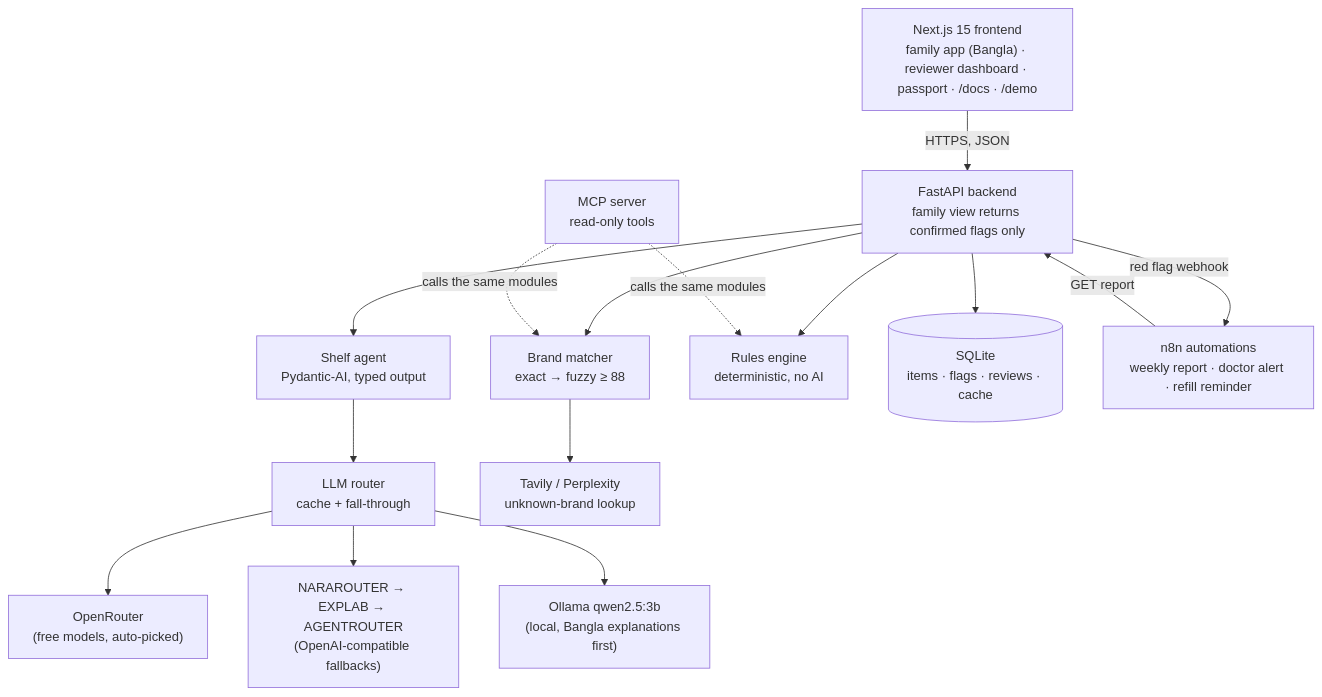
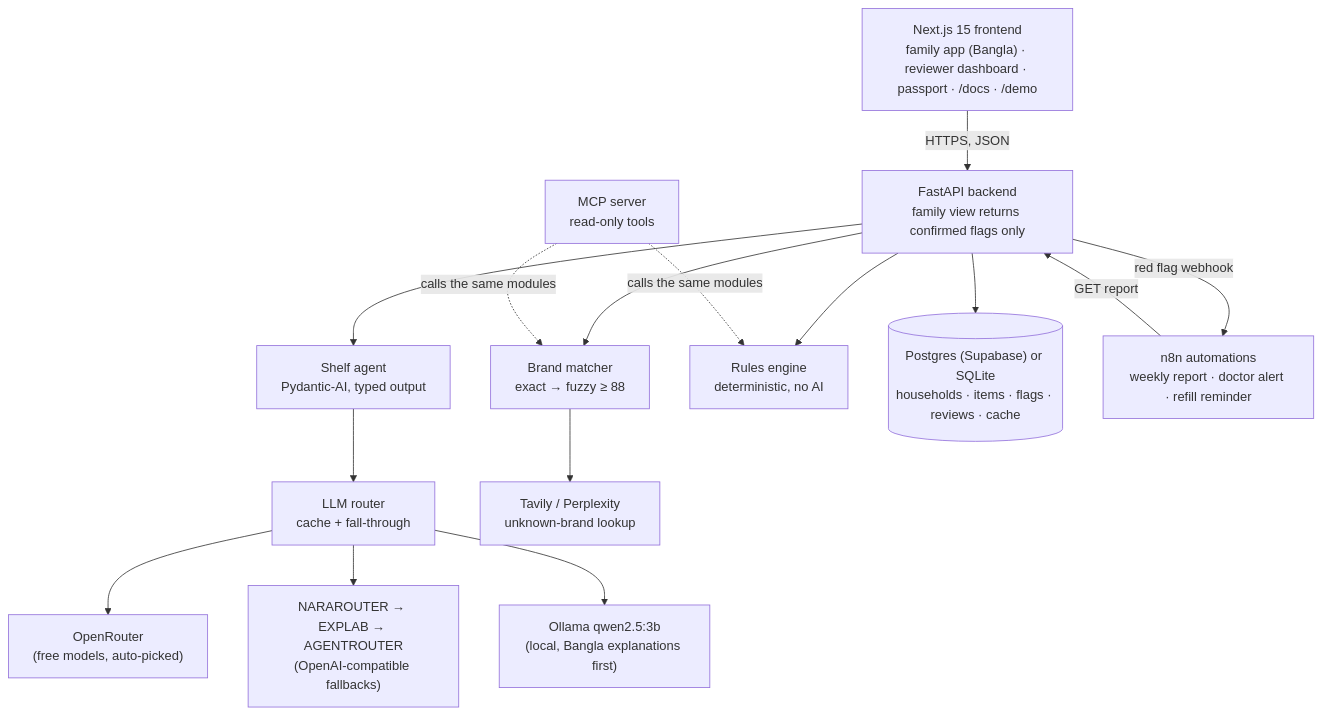
One commit to ProttoyDip/OushodhSathi- changed the second of 2 diagrams in README.md. Above: the diagram before and after it, drawn with Mermaid. The commit also changed other lines of this file and 33 other files, not shown here.

````diff
--- a/README.md
+++ b/README.md
@@ -86,26 +88,26 @@
 ```mermaid
 flowchart TB
     UI["Next.js 15 frontend<br/>family app (Bangla) · reviewer dashboard · passport · /docs · /demo"]
     API["FastAPI backend<br/>family view returns confirmed flags only"]
     AG["Shelf agent<br/>Pydantic-AI, typed output"]
     R["LLM router<br/>cache + fall-through"]
     P1["OpenRouter<br/>(free models, auto-picked)"]
     P2["NARAROUTER → EXPLAB → AGENTROUTER<br/>(OpenAI-compatible fallbacks)"]
     P3["Ollama qwen2.5:3b<br/>(local, Bangla explanations first)"]
     BM["Brand matcher<br/>exact → fuzzy ≥ 88"]
     WL["Tavily / Perplexity<br/>unknown-brand lookup"]
     RE["Rules engine<br/>deterministic, no AI"]
-    DB[("SQLite<br/>items · flags · reviews · cache")]
+    DB[("Postgres (Supabase) or SQLite<br/>households · items · flags · reviews · cache")]
     N8N["n8n automations<br/>weekly report · doctor alert · refill reminder"]
     MCP["MCP server<br/>read-only tools"]
 
     UI -->|HTTPS, JSON| API
     API --> AG --> R
     R --> P1 & P2 & P3
     API --> BM --> WL
     API --> RE
     API --> DB
     API -->|red flag webhook| N8N
     N8N -->|GET report| API
     MCP -.->|calls the same modules| BM & RE
 ```
````
